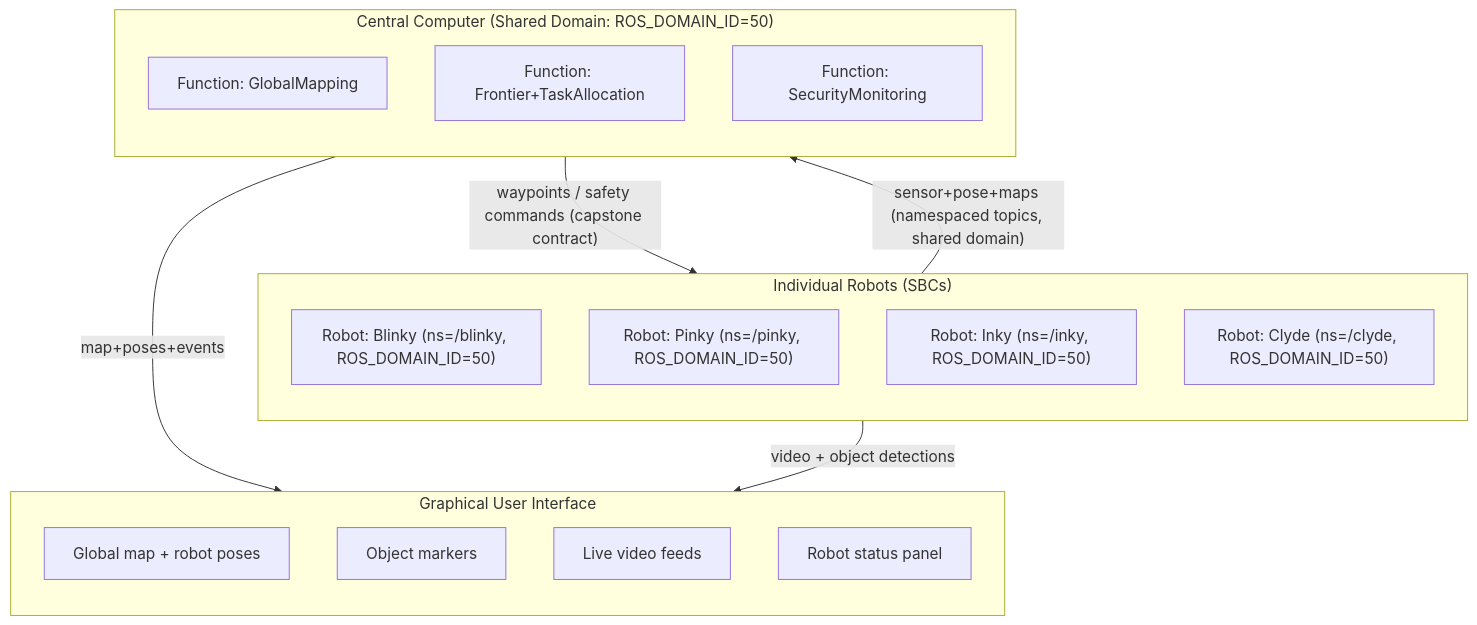
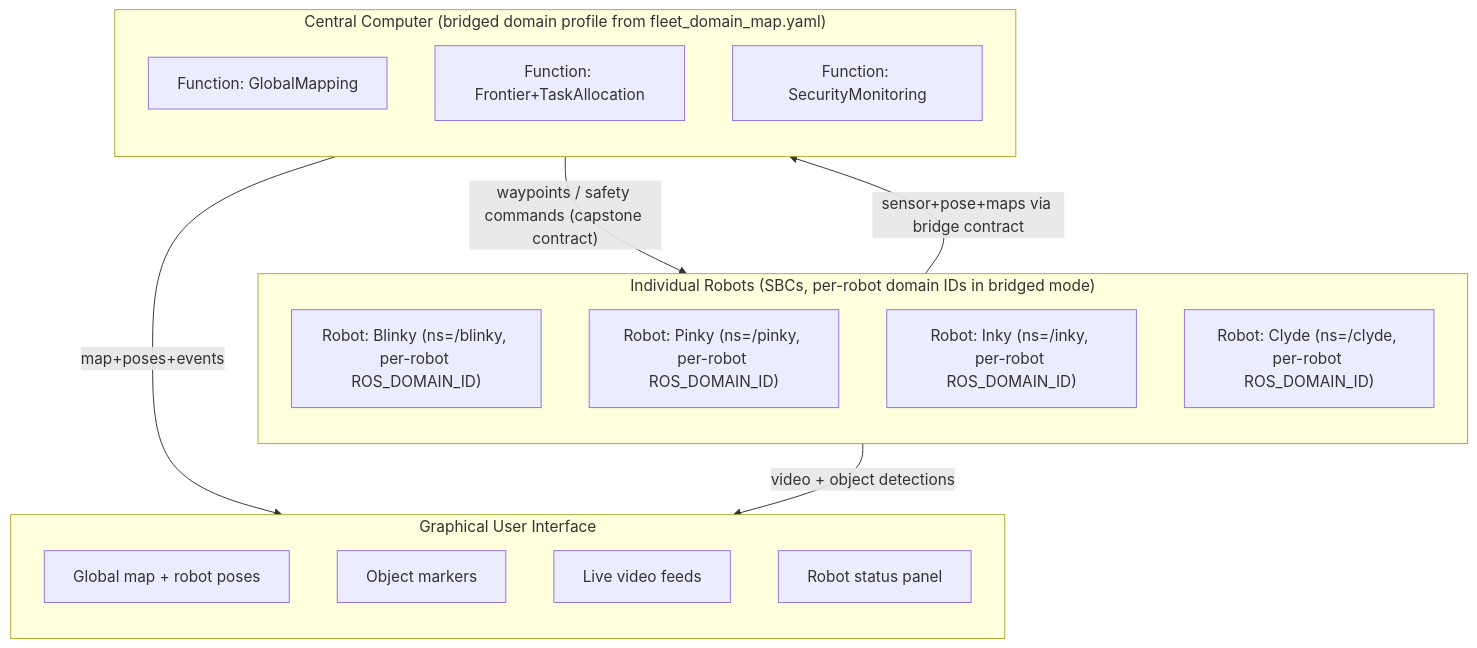
Before and after one commit to SleepyFinale/ans-central-computer: the second of 7 diagrams in docs/architecture.md, drawn with Mermaid. The commit also changed other lines of this file and 6 other files, not shown here.

First line of the commit message:
Update .gitignore, README, and architecture documentation for improved clarity and organization

````diff
--- a/docs/architecture.md
+++ b/docs/architecture.md
@@ -49,30 +51,30 @@
 ```mermaid
 flowchart TB
-  subgraph Robots["Individual Robots (SBCs)"]
+  subgraph Robots["Individual Robots (SBCs, per-robot domain IDs in bridged mode)"]
     direction TB
-    r1["Robot: Blinky (ns=/blinky, ROS_DOMAIN_ID=50)"]
-    r2["Robot: Pinky (ns=/pinky, ROS_DOMAIN_ID=50)"]
-    r3["Robot: Inky (ns=/inky, ROS_DOMAIN_ID=50)"]
-    r4["Robot: Clyde (ns=/clyde, ROS_DOMAIN_ID=50)"]
+    r1["Robot: Blinky (ns=/blinky, per-robot ROS_DOMAIN_ID)"]
+    r2["Robot: Pinky (ns=/pinky, per-robot ROS_DOMAIN_ID)"]
+    r3["Robot: Inky (ns=/inky, per-robot ROS_DOMAIN_ID)"]
+    r4["Robot: Clyde (ns=/clyde, per-robot ROS_DOMAIN_ID)"]
   end
 
-  subgraph Central["Central Computer (Shared Domain: ROS_DOMAIN_ID=50)"]
+  subgraph Central["Central Computer (bridged domain profile from fleet_domain_map.yaml)"]
     direction TB
     centralMapping["Function: GlobalMapping"]
     centralTasking["Function: Frontier+TaskAllocation"]
     centralSecurity["Function: SecurityMonitoring"]
   end
 
   subgraph GUI["Graphical User Interface"]
     direction TB
     guiMap["Global map + robot poses"]
     guiObjects["Object markers"]
     guiVideo["Live video feeds"]
     guiStatus["Robot status panel"]
   end
 
-  Robots -->|"sensor+pose+maps (namespaced topics, shared domain)"| Central
+  Robots -->|"sensor+pose+maps via bridge contract"| Central
   Central -->|"waypoints / safety commands (capstone contract)"| Robots
   Central -->|"map+poses+events"| GUI
   Robots -->|"video + object detections"| GUI
 ```
````
